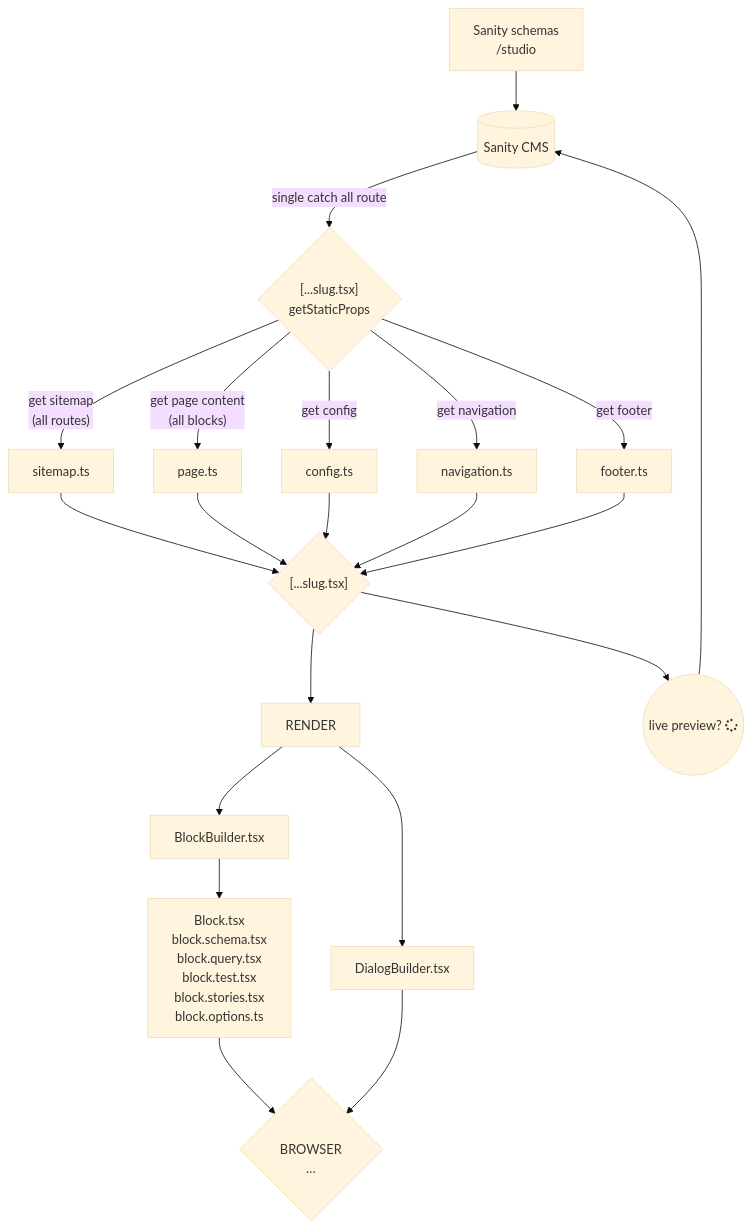
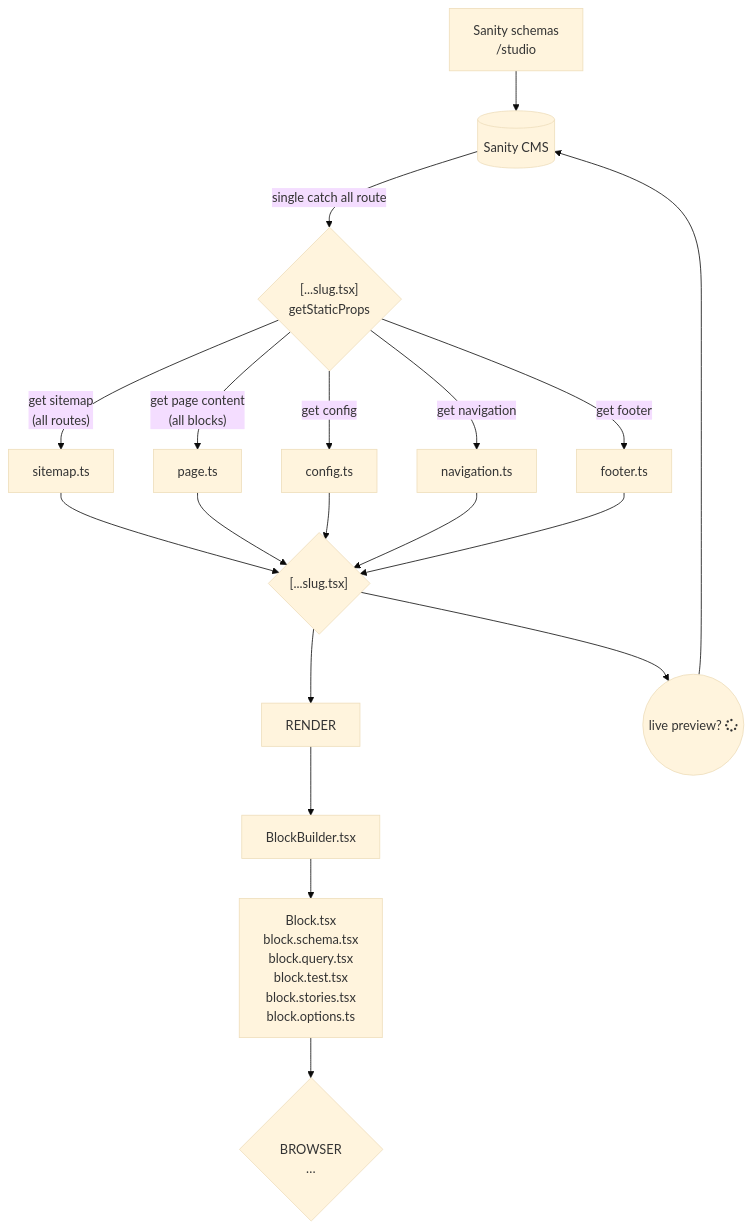
The diagram in README.md (Mawla/Agency-Starter-Framework), drawn with Mermaid (base theme) before and after one commit. The commit also changed other lines of this file and 37 other files, not shown here.

````diff
--- a/README.md
+++ b/README.md
@@ -24,25 +23,23 @@
 ```mermaid
 graph TD
     SCHEMAS["Sanity schemas<br>/studio"]-->CMS
     CMS[(Sanity CMS)]-->|single catch all route|DATA{"[...slug.tsx] <br>getStaticProps"}
     PREVIEW_MODE((live preview? fa:fa-spinner))--->CMS
 
     DATA -->|"get sitemap<br>(all routes)"| QUERY_SITEMAP[sitemap.ts]-->CATCH_ALL_RENDER
     DATA -->|"get page content<br>(all blocks)"| QUERY_PAGE[page.ts]-->CATCH_ALL_RENDER
     DATA -->|get config| QUERY_CONFIG[config.ts]-->CATCH_ALL_RENDER
     DATA -->|get navigation| QUERY_NAV[navigation.ts] -->CATCH_ALL_RENDER
     DATA -->|get footer| QUERY_FOOTER[footer.ts] -->CATCH_ALL_RENDER
 
     CATCH_ALL_RENDER{"[...slug.tsx]"} -->RENDER
     CATCH_ALL_RENDER-->PREVIEW_MODE
 
     RENDER -->RENDER_BLOCKS
-    RENDER -->RENDER_DIALOGS
 
     RENDER_BLOCKS[BlockBuilder.tsx]-->BLOCK
-    RENDER_DIALOGS[DialogBuilder.tsx]-->PAGE
 
     BLOCK[Block.tsx<br>block.schema.tsx<br>block.query.tsx<br>block.test.tsx<br>block.stories.tsx<br>block.options.ts]-->PAGE
 
     PAGE{"<br>BROWSER<br>…"}
 ```
````
